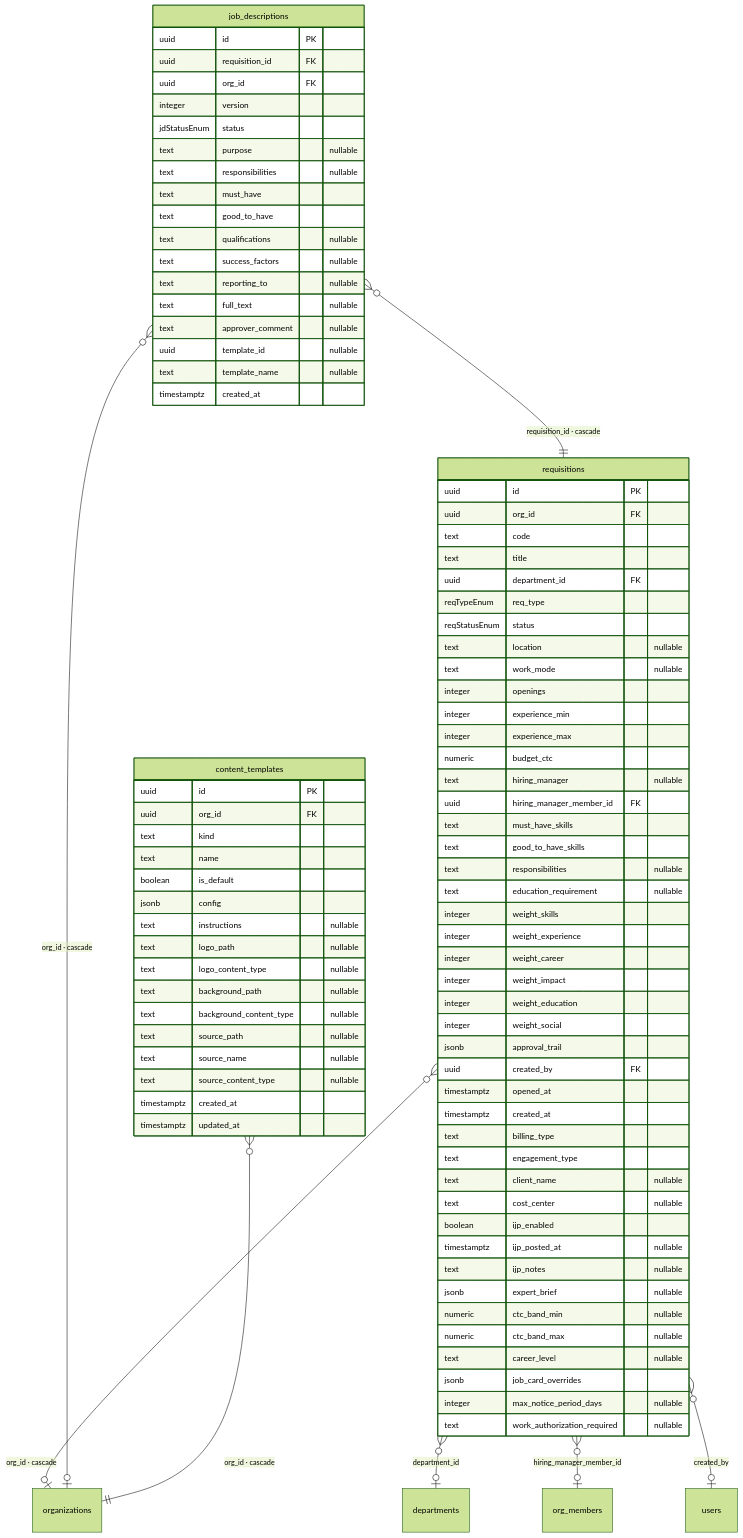
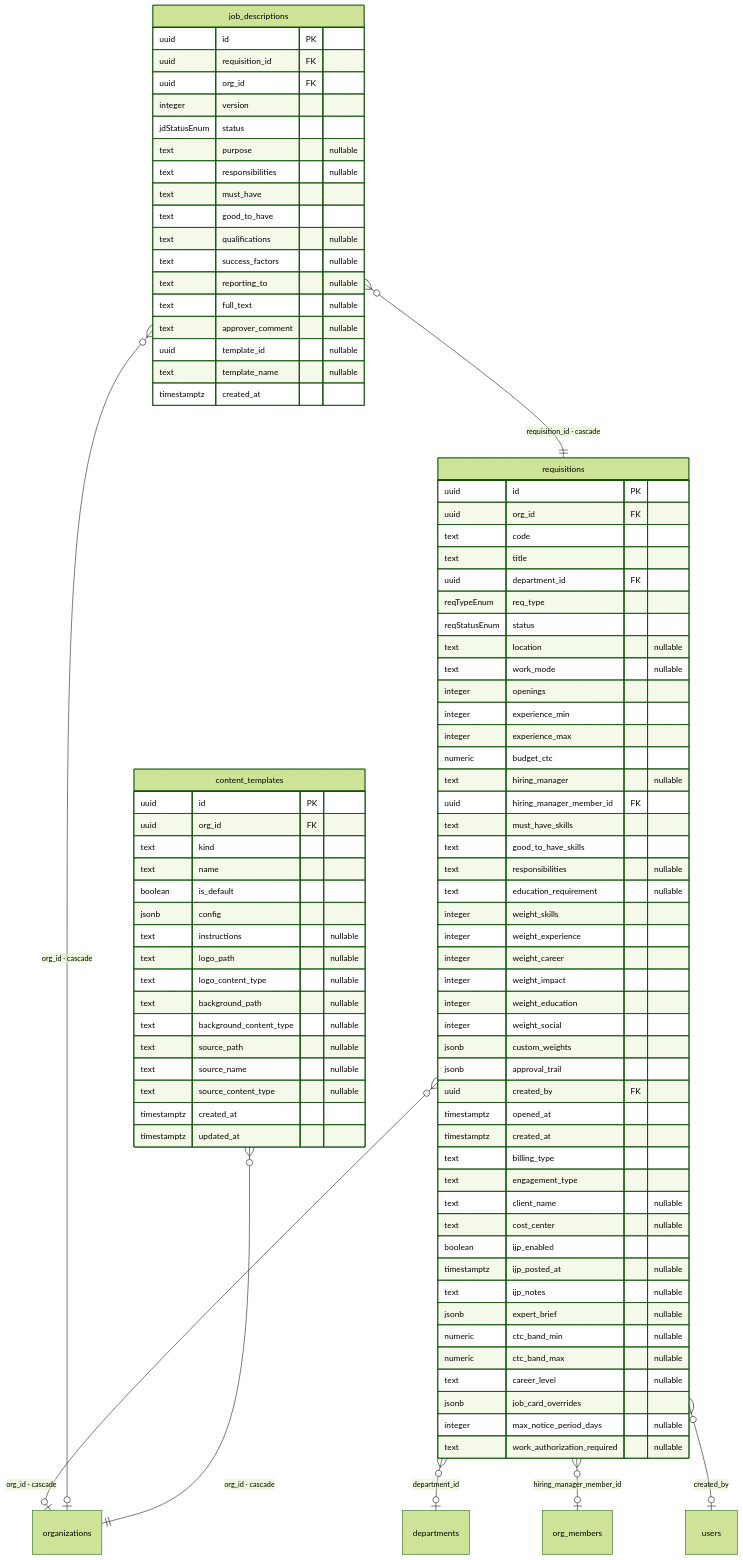
One commit to madhugraj/ATSAgent changed the third of 9 diagrams in docs/er-diagram.md. Above: the diagram before and after it, drawn with Mermaid (forest theme). The commit also changed other lines of this file and 15 other files, not shown here.

```diff
--- a/docs/er-diagram.md
+++ b/docs/er-diagram.md
@@ -294,6 +294,7 @@
     integer weight_impact
     integer weight_education
     integer weight_social
+    jsonb custom_weights
     jsonb approval_trail
     uuid created_by FK
     timestamptz opened_at
```
